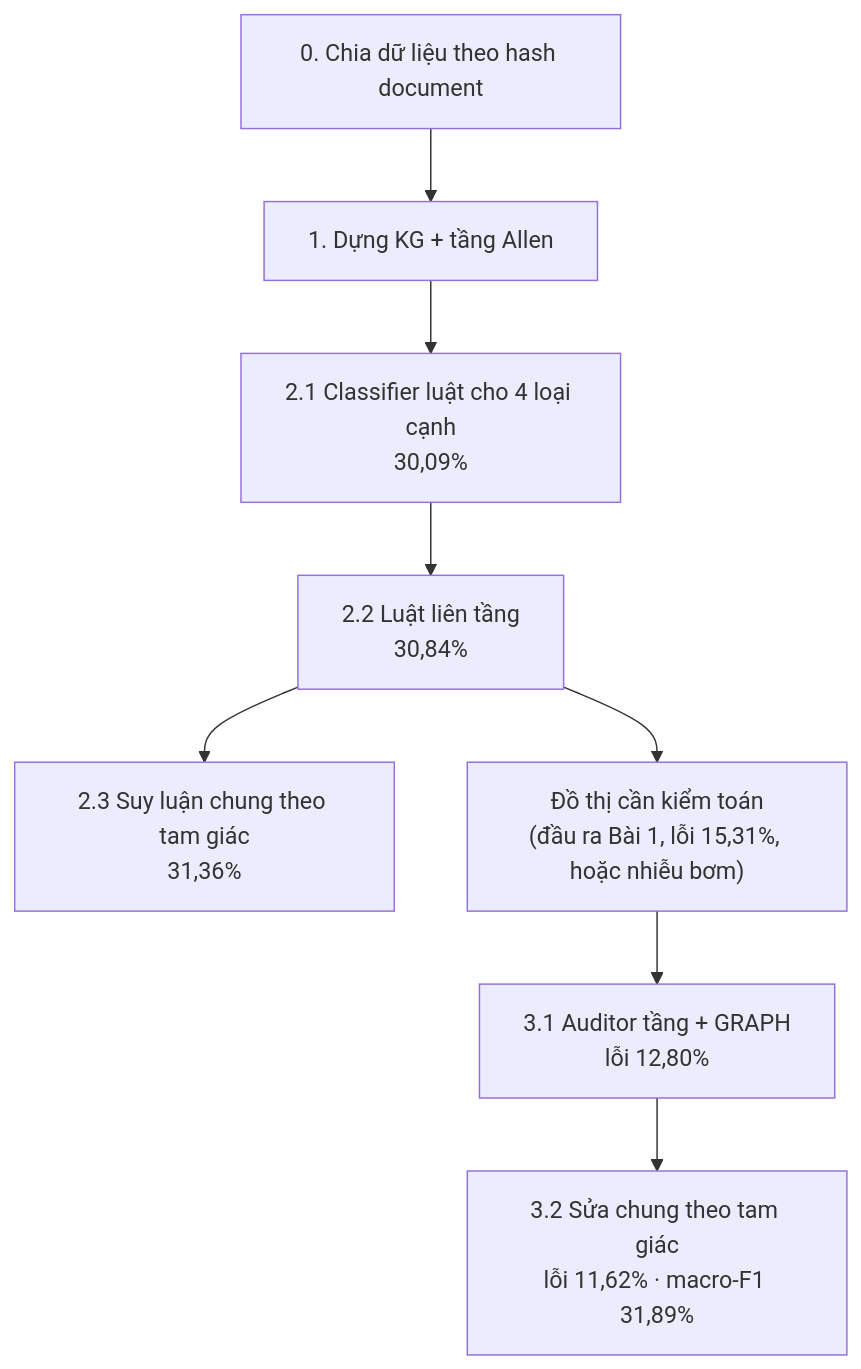
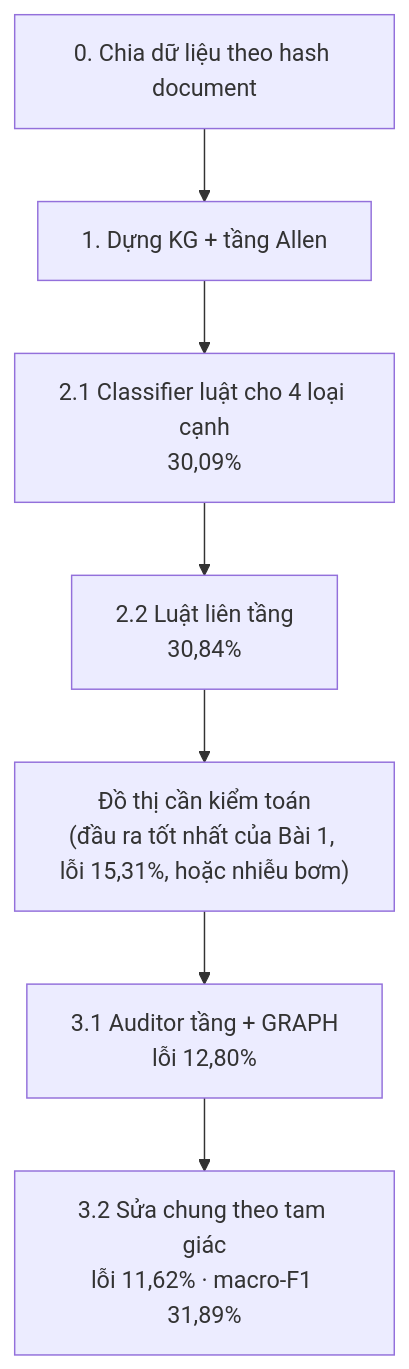
One commit to Pigeon102/TempEKG changed the sixth of 6 diagrams in report/TEMPEKG_KIEN_TRUC.md. Above: the diagram before and after it, drawn with Mermaid. The commit also changed other lines of this file and 15 other files, not shown here.

````diff
--- a/report/TEMPEKG_KIEN_TRUC.md
+++ b/report/TEMPEKG_KIEN_TRUC.md
@@ -200,10 +246,9 @@
 ```mermaid
 flowchart TB
     S0["0. Chia dữ liệu theo hash document"] --> S1["1. Dựng KG + tầng Allen"]
     S1 --> S21["2.1 Classifier luật cho 4 loại cạnh<br/>30,09%"]
     S21 --> S22["2.2 Luật liên tầng<br/>30,84%"]
-    S22 --> S23["2.3 Suy luận chung theo tam giác<br/>31,36%"]
-    S22 --> N["Đồ thị cần kiểm toán<br/>(đầu ra Bài 1, lỗi 15,31%, hoặc nhiễu bơm)"]
+    S22 --> N["Đồ thị cần kiểm toán<br/>(đầu ra tốt nhất của Bài 1, lỗi 15,31%, hoặc nhiễu bơm)"]
     N --> S31["3.1 Auditor tầng + GRAPH<br/>lỗi 12,80%"]
     S31 --> S32["3.2 Sửa chung theo tam giác<br/>lỗi 11,62% · macro-F1 31,89%"]
 ```
````
